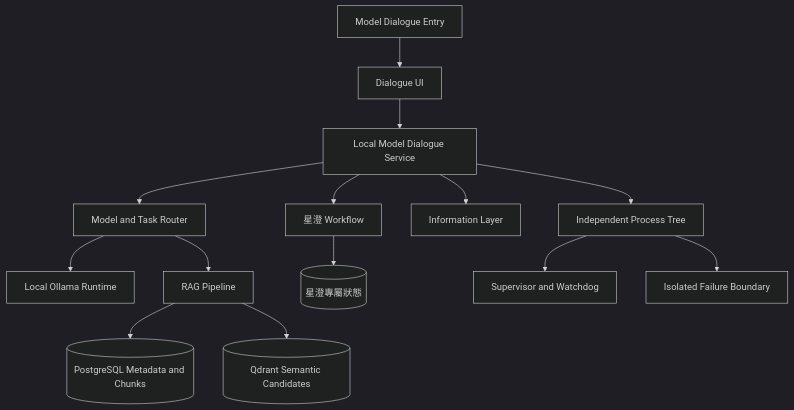
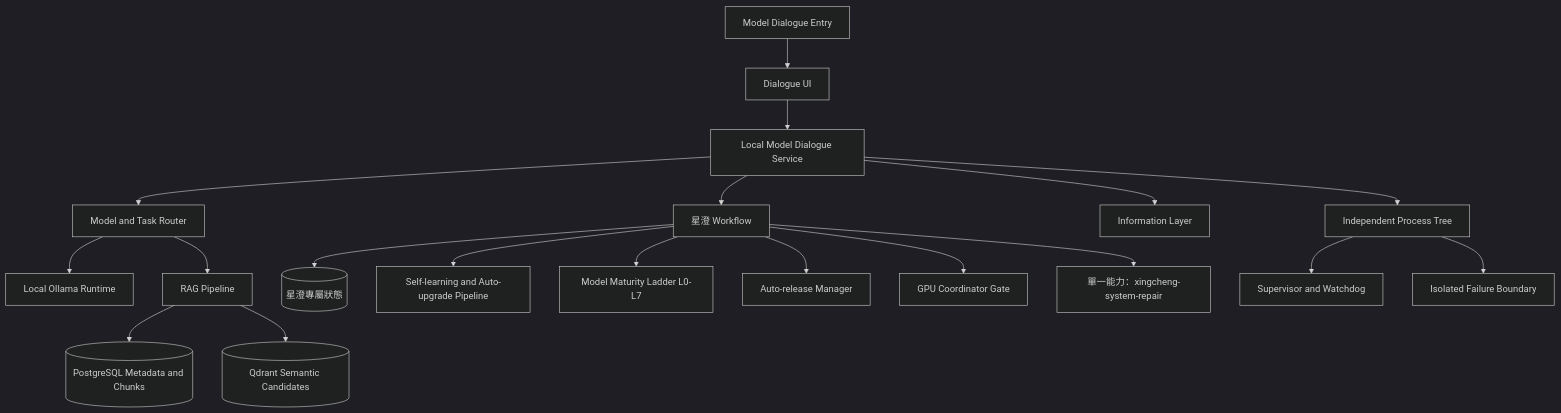
The diagram in governance_rule/codex/architecture-tool-local-model.md (guilty442-source/GPTBridge), drawn with Mermaid (dark theme) before and after one commit. The commit also changed other lines of this file and 9 other files, not shown here.

Commit message:
Codex: complete all 12 architecture diagrams (git, local-model, model-dialogue, ai-assistant, ai-collaboration, file-sorter, investment-mobile, vaultly) + hash rebind; blueprint synced

````diff
--- a/governance_rule/codex/architecture-tool-local-model.md
+++ b/governance_rule/codex/architecture-tool-local-model.md
@@ -3,16 +3,21 @@
 ```mermaid
 flowchart TB
   ENTRY[Model Dialogue Entry] --> UI[Dialogue UI]
   UI --> SERVICE[Local Model Dialogue Service]
   SERVICE --> ROUTER[Model and Task Router]
   ROUTER --> OLLAMA[Local Ollama Runtime]
   ROUTER --> RAG[RAG Pipeline]
   RAG --> PG[(PostgreSQL Metadata and Chunks)]
   RAG --> QD[(Qdrant Semantic Candidates)]
   SERVICE --> XC[星澄 Workflow]
   XC --> PRIVATE[(星澄專屬狀態)]
+  XC --> SL[Self-learning and Auto-upgrade Pipeline]
+  XC --> MAT[Model Maturity Ladder L0-L7]
+  XC --> REL[Auto-release Manager]
+  XC --> GPU[GPU Coordinator Gate]
+  XC --> REPAIR[單一能力：xingcheng-system-repair]
   SERVICE --> INFO[Information Layer]
   SERVICE --> PROC[Independent Process Tree]
   PROC --> SUP[Supervisor and Watchdog]
   PROC --> FAULT[Isolated Failure Boundary]
 ```
````
